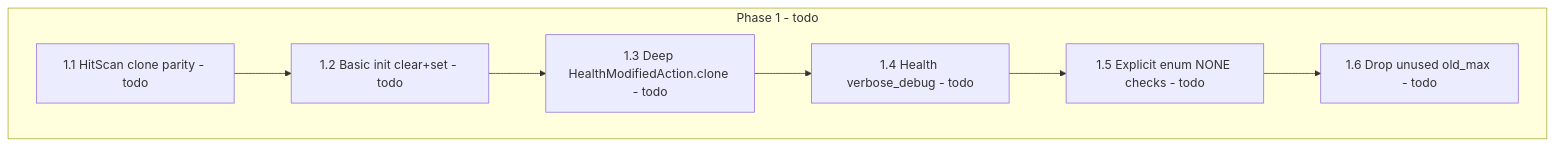
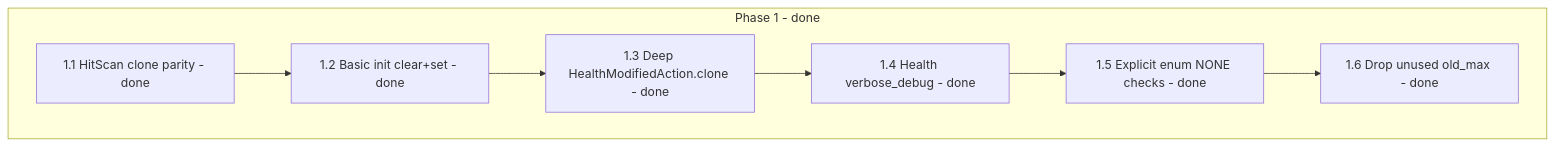
Before and after one commit to cluttered-code/godot-health-hitbox-hurtbox: the third of 7 diagrams in .cursor/plans/optimize_simplify_addon.md, drawn with Mermaid. The commit also changed other lines of this file and 79 other files, not shown here.

First line of the commit message:
Wave A/B: HitScan clone & Basic init fixes, expanded tests (#23)

````diff
--- a/.cursor/plans/optimize_simplify_addon.md
+++ b/.cursor/plans/optimize_simplify_addon.md
@@ -118,16 +118,16 @@
 ```mermaid
 flowchart TB
-  subgraph phase1 [Phase 1 - todo]
-    T11["1.1 HitScan clone parity - todo"]
-    T12["1.2 Basic init clear+set - todo"]
-    T13["1.3 Deep HealthModifiedAction.clone - todo"]
-    T14["1.4 Health verbose_debug - todo"]
-    T15["1.5 Explicit enum NONE checks - todo"]
-    T16["1.6 Drop unused old_max - todo"]
+  subgraph phase1 [Phase 1 - done]
+    T11["1.1 HitScan clone parity - done"]
+    T12["1.2 Basic init clear+set - done"]
+    T13["1.3 Deep HealthModifiedAction.clone - done"]
+    T14["1.4 Health verbose_debug - done"]
+    T15["1.5 Explicit enum NONE checks - done"]
+    T16["1.6 Drop unused old_max - done"]
   end
   T11 --> T12
   T12 --> T13
   T13 --> T14
   T14 --> T15
   T15 --> T16
 ```
````
